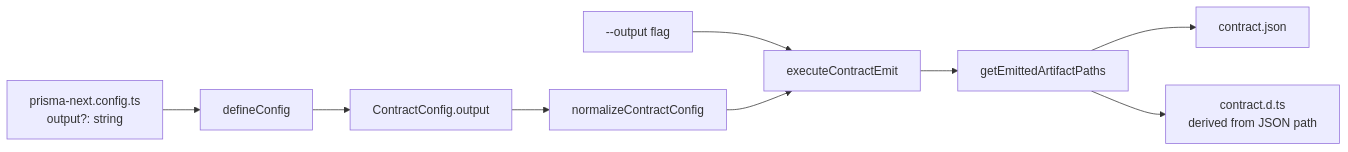
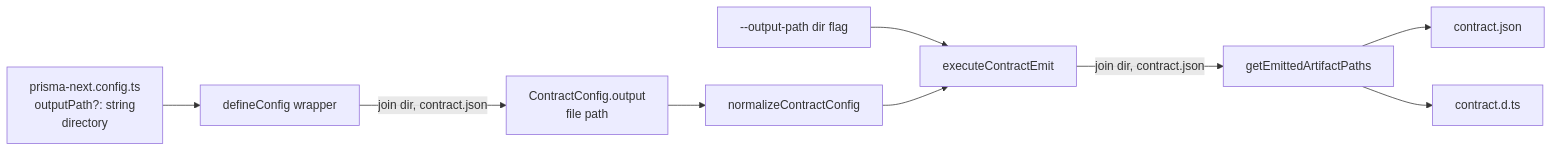
Before and after one commit to prisma/prisma-next: the diagram in projects/customize-generated-asset-output-path/design-notes.md, drawn with Mermaid. The commit also changed other lines of this file and 4 other files, not shown here.

````diff
--- a/projects/customize-generated-asset-output-path/design-notes.md
+++ b/projects/customize-generated-asset-output-path/design-notes.md
@@ -55,11 +64,11 @@
 ```mermaid
 flowchart LR
-  Config[prisma-next.config.ts<br/>output?: string] --> Define[defineConfig]
-  CLI[--output flag] --> Emit
-  Define --> Provider[ContractConfig.output]
+  Config[prisma-next.config.ts<br/>outputPath?: string<br/>directory] --> Define[defineConfig wrapper]
+  CLI[--output-path dir flag] --> CtrlApi[executeContractEmit]
+  Define -- join dir, contract.json --> Provider[ContractConfig.output<br/>file path]
   Provider --> Norm[normalizeContractConfig]
-  Norm --> Emit[executeContractEmit]
-  Emit --> Paths[getEmittedArtifactPaths]
+  Norm --> CtrlApi
+  CtrlApi -- join dir, contract.json --> Paths[getEmittedArtifactPaths]
   Paths --> JSON[contract.json]
-  Paths --> DTS[contract.d.ts<br/>derived from JSON path]
+  Paths --> DTS[contract.d.ts]
 ```
````
